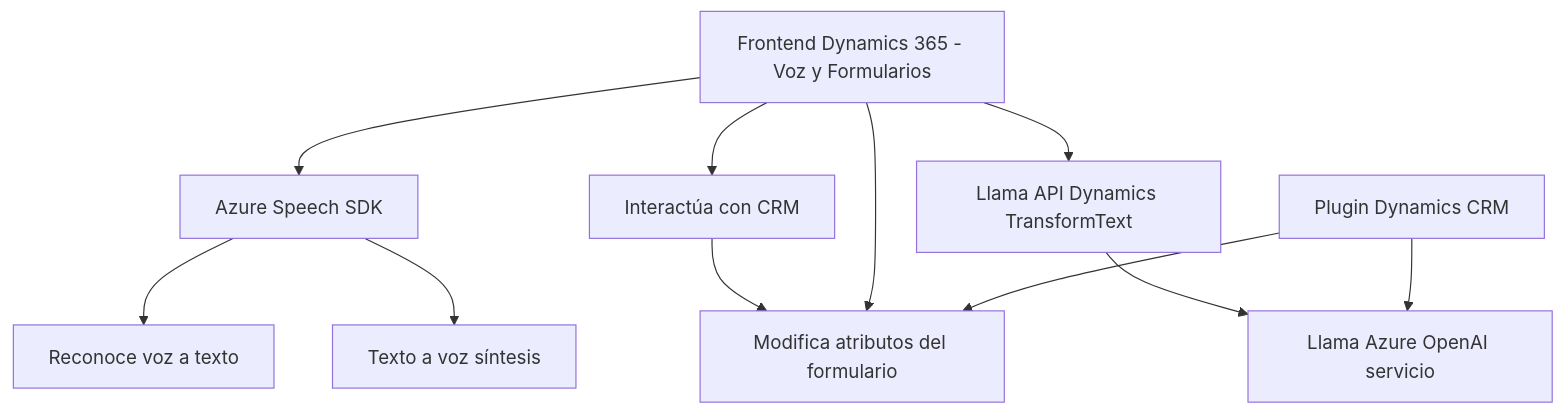
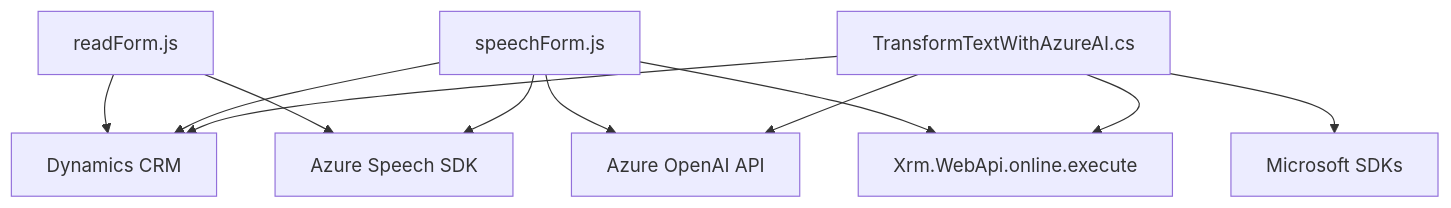
One commit to blopezdm/NETCORE_BILBAO2025 changed the diagram in README.md. Above: the diagram before and after it, drawn with Mermaid. The commit also changed other lines of this file, not shown here.

Commit message:
Actualizar análisis global de la solución con IA

````diff
--- a/README.md
+++ b/README.md
@@ -54,23 +36,22 @@
 ```mermaid
 graph TD
-    A["Frontend Dynamics 365 - Voz y Formularios"]
-    B["Azure Speech SDK"]
-    C["Azure Speech Recognition"]
-    D["Azure Speech Synthesis"]
-    E["Dynamics CRM Web API"]
-    F["Custom Dynamics API - TransformTextWithAzureAI"]
-    G["Azure OpenAI Service"]
-    H["Plugin Dynamics CRM"]
-    I["Contexto Dynamics Form"]
+    A["readForm.js"]
+    B["speechForm.js"]
+    C["TransformTextWithAzureAI.cs"]
+    D["Dynamics CRM"]
+    E["Azure Speech SDK"]
+    F["Azure OpenAI API"]
+    G["Microsoft SDKs"] 
+    H["Xrm.WebApi.online.execute"]
 
-    A --> B["Azure Speech SDK"]
-    B --> C["Reconoce voz a texto"]
-    B --> D["Texto a voz síntesis"]
-    A --> E["Interactúa con CRM"]
-    A --> F["Llama API Dynamics TransformText"]
-    F --> G["Usa Azure OpenAI"]
-    E --> I["Manipula campos de formularios"]
-    A --> I["Recupera Contexto de Formulario"]
-    H --> I["Modifica atributos del formulario"]
-    H --> G["Llama Azure OpenAI servicio"]
+    A --> D
+    A --> E
+    B --> D
+    B --> E
+    B --> F
+    B --> H
+    C --> D
+    C --> F
+    C --> G
+    C --> H
 ```
````
